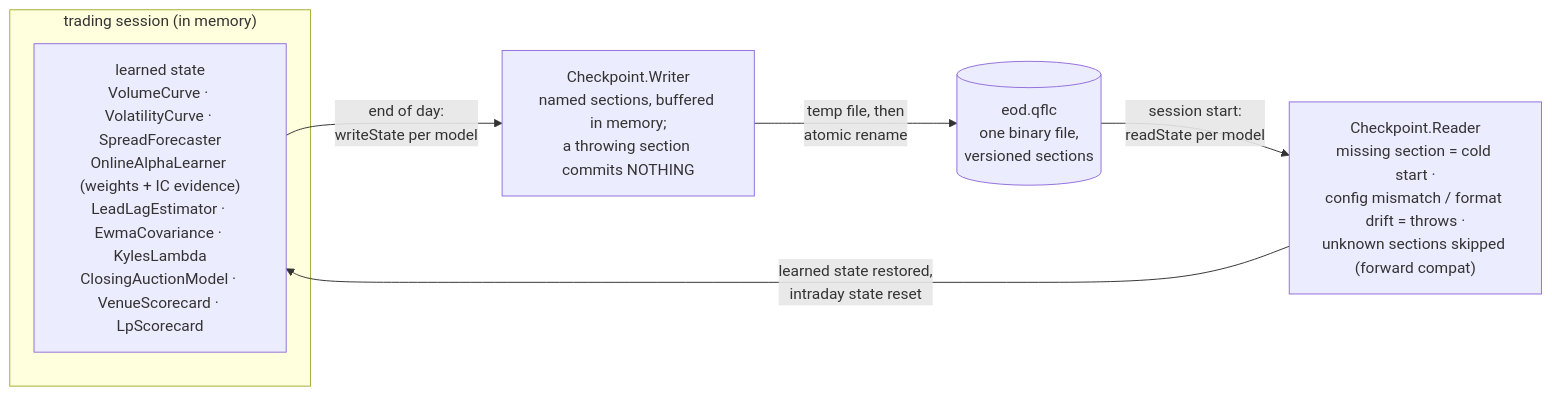
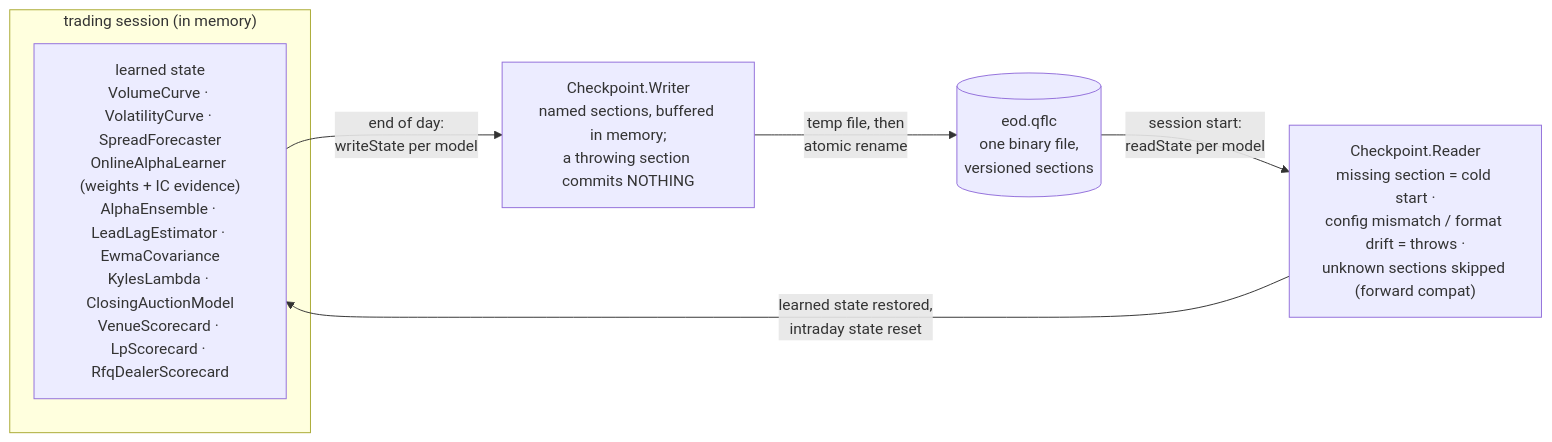
One commit to AshJha0/Quant-Finance-Library changed diagram 12 of 12 in docs/DIAGRAMS.md. Above: the diagram before and after it, drawn with Mermaid. The commit also changed other lines of this file and 26 other files, not shown here.

````diff
--- a/docs/DIAGRAMS.md
+++ b/docs/DIAGRAMS.md
@@ -379,11 +379,11 @@
 ```mermaid
 flowchart LR
     subgraph SESSION["trading session (in memory)"]
-        MODELS["learned state<br/>VolumeCurve · VolatilityCurve · SpreadForecaster<br/>OnlineAlphaLearner (weights + IC evidence)<br/>LeadLagEstimator · EwmaCovariance · KylesLambda<br/>ClosingAuctionModel · VenueScorecard · LpScorecard"]
+        MODELS["learned state<br/>VolumeCurve · VolatilityCurve · SpreadForecaster<br/>OnlineAlphaLearner (weights + IC evidence)<br/>AlphaEnsemble · LeadLagEstimator · EwmaCovariance<br/>KylesLambda · ClosingAuctionModel<br/>VenueScorecard · LpScorecard · RfqDealerScorecard"]
     end
 
     MODELS -->|"end of day:<br/>writeState per model"| W["Checkpoint.Writer<br/>named sections, buffered in memory;<br/>a throwing section commits NOTHING"]
     W -->|"temp file, then<br/>atomic rename"| FILE[("eod.qflc<br/>one binary file,<br/>versioned sections")]
     FILE -->|"session start:<br/>readState per model"| R["Checkpoint.Reader<br/>missing section = cold start ·<br/>config mismatch / format drift = throws ·<br/>unknown sections skipped (forward compat)"]
     R -->|"learned state restored,<br/>intraday state reset"| MODELS
 ```
````
